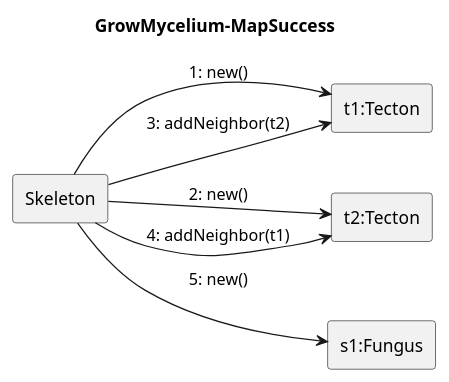
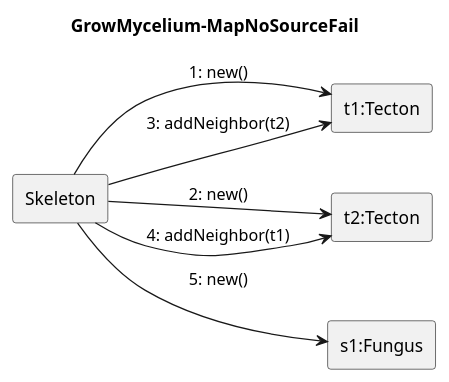
One commit to ZD4ve/projlab-error521 changed the diagram in Skeleton/Grow-mycelium/map-no-source-fail.pu. Above: the diagram before and after it, drawn with PlantUML. The commit also changed 4 other files, not shown here.

Commit message:
mycelium-grow updates

```diff
--- a/Skeleton/Grow-mycelium/map-no-source-fail.pu
+++ b/Skeleton/Grow-mycelium/map-no-source-fail.pu
@@ -1,19 +1,19 @@
 @startuml Grow-mycelium/map-success
 'skinparam linetype ortho
 left to right direction
-title GrowMycelium-MapSuccess
+title GrowMycelium-MapNoSourceFail
 
 rectangle Skeleton
 
 rectangle "t1:Tecton" as t1
 rectangle "t2:Tecton" as t2
 rectangle "s1:Fungus" as s1
 
 Skeleton --> t1: 1: new()
 Skeleton --> t2: 2: new()
 Skeleton --> t1: 3: addNeighbor(t2)
 Skeleton --> t2: 4: addNeighbor(t1)
 Skeleton --> s1 : 5: new()
 
 
 @enduml
```
